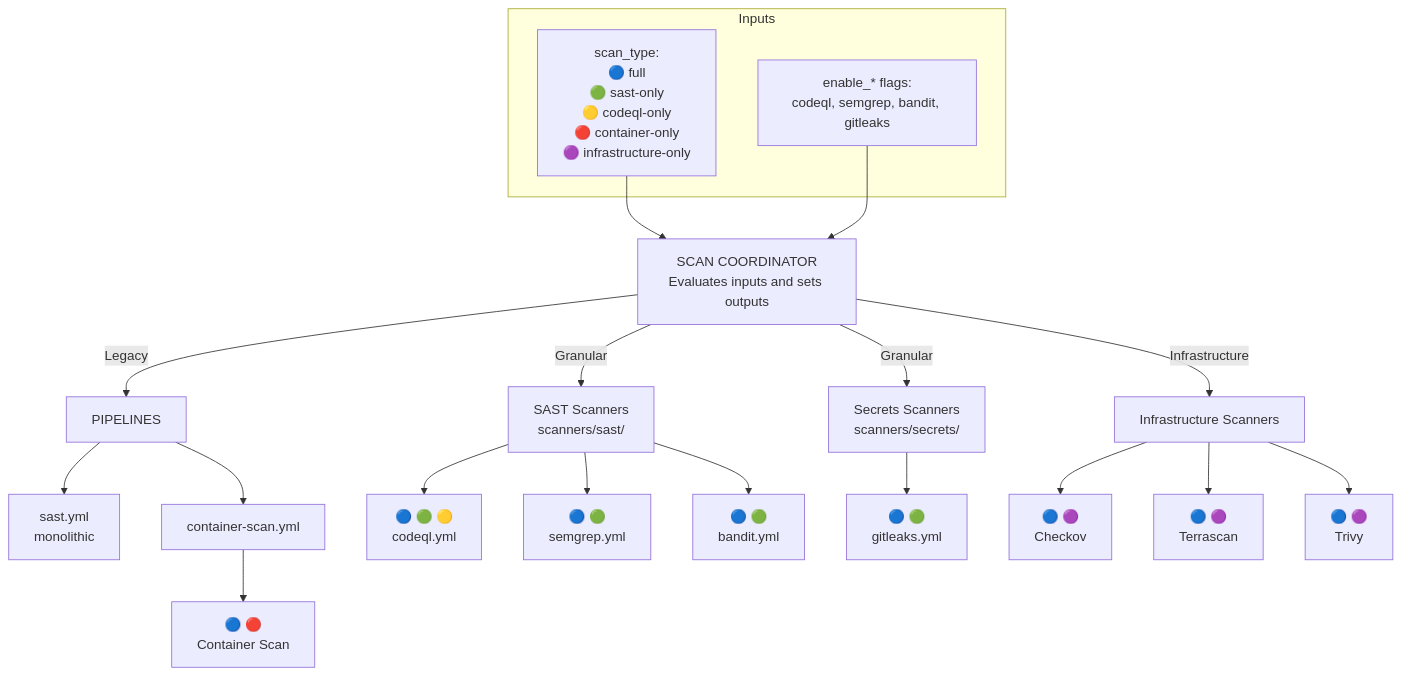
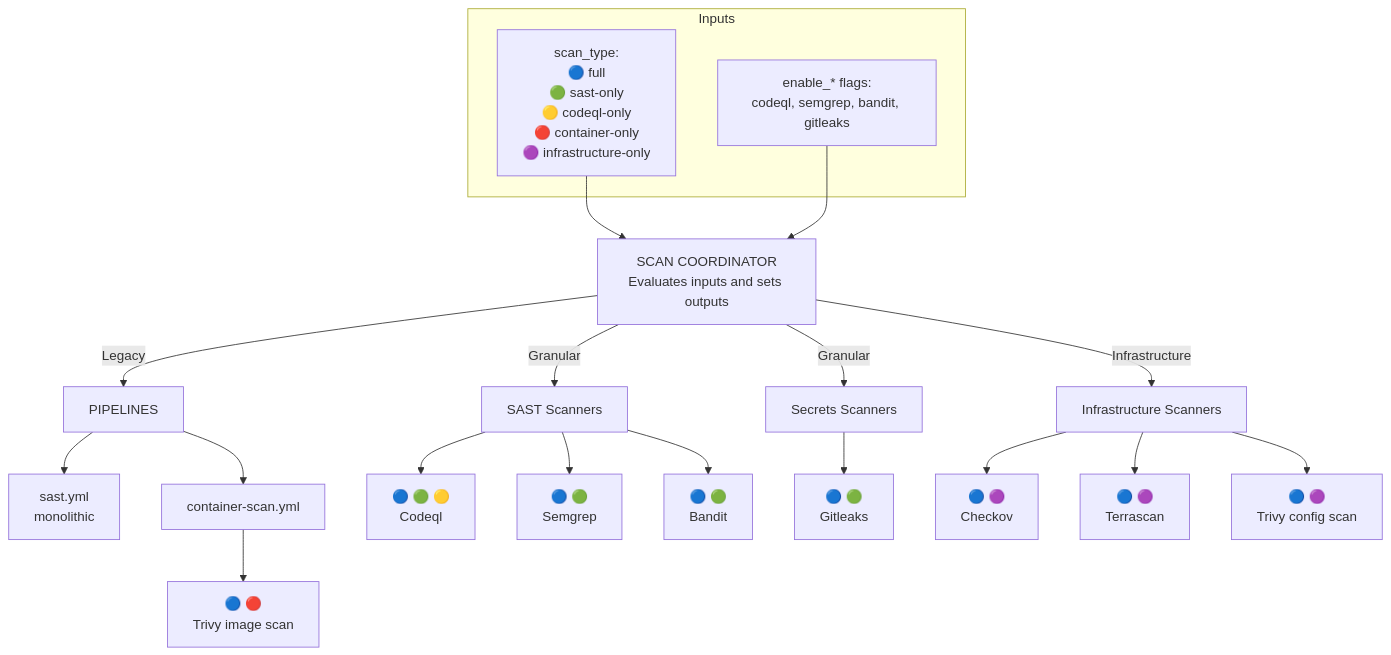
One commit to huntridge-labs/hardening-workflows changed the first of 2 diagrams in docs/architecture.md. Above: the diagram before and after it, drawn with Mermaid.

````diff
--- a/docs/architecture.md
+++ b/docs/architecture.md
@@ -6,32 +6,32 @@
 ```mermaid
 graph TB
     subgraph Inputs
         ST["scan_type:<br/>🔵 full<br/>🟢 sast-only<br/>🟡 codeql-only<br/>🔴 container-only<br/>🟣 infrastructure-only"]
         EF[enable_* flags:<br/>codeql, semgrep, bandit, gitleaks]
     end
     
     ST --> SC
     EF --> SC
     
     SC[SCAN COORDINATOR<br/>Evaluates inputs and sets outputs]
     
     SC --> |Legacy| PL[PIPELINES]
-    SC --> |Granular| SAST_DIR[SAST Scanners<br/>scanners/sast/]
-    SC --> |Granular| SEC_DIR[Secrets Scanners<br/>scanners/secrets/]
+    SC --> |Granular| SAST_DIR[SAST Scanners]
+    SC --> |Granular| SEC_DIR[Secrets Scanners]
     SC --> |Infrastructure| IF[Infrastructure Scanners]
     
     PL --> SAST[sast.yml<br/>monolithic]
     PL --> CS[container-scan.yml]
     
-    SAST_DIR --> CQ["🔵 🟢 🟡<br/>codeql.yml"]
-    SAST_DIR --> SG["🔵 🟢<br/>semgrep.yml"]
-    SAST_DIR --> BD["🔵 🟢<br/>bandit.yml"]
+    SAST_DIR --> CQ["🔵 🟢 🟡<br/>Codeql"]
+    SAST_DIR --> SG["🔵 🟢<br/>Semgrep"]
+    SAST_DIR --> BD["🔵 🟢<br/>Bandit"]
 
-    SEC_DIR --> GL["🔵 🟢<br/>gitleaks.yml"]
-
-    CS --> CT["🔵 🔴<br/>Container Scan"]
+    SEC_DIR --> GL["🔵 🟢<br/>Gitleaks"]
+    
+    CS --> TR1["🔵 🔴<br/>Trivy image scan"]
     IF --> CK["🔵 🟣<br/>Checkov"]
     IF --> TS["🔵 🟣<br/>Terrascan"]
-    IF --> TR["🔵 🟣<br/>Trivy"]
+    IF --> TR2["🔵 🟣<br/>Trivy config scan"]
     
 ```
````
